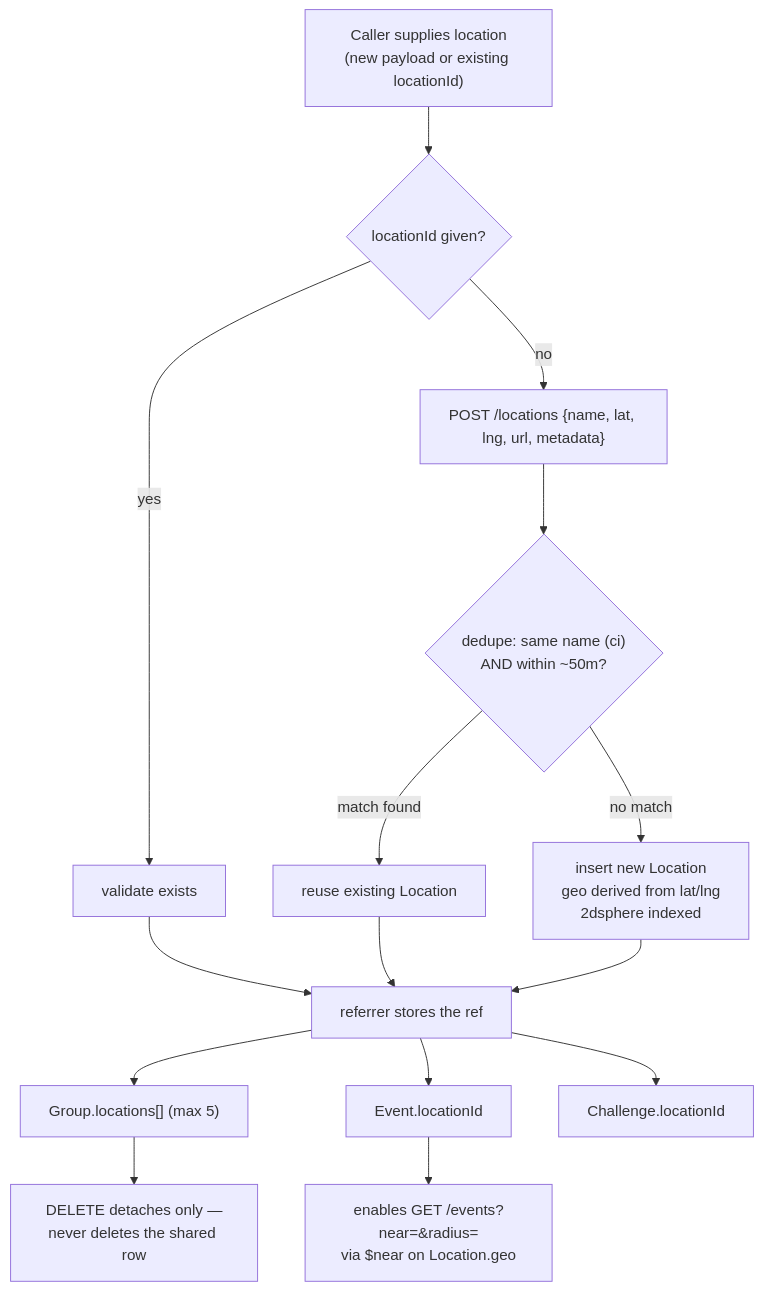
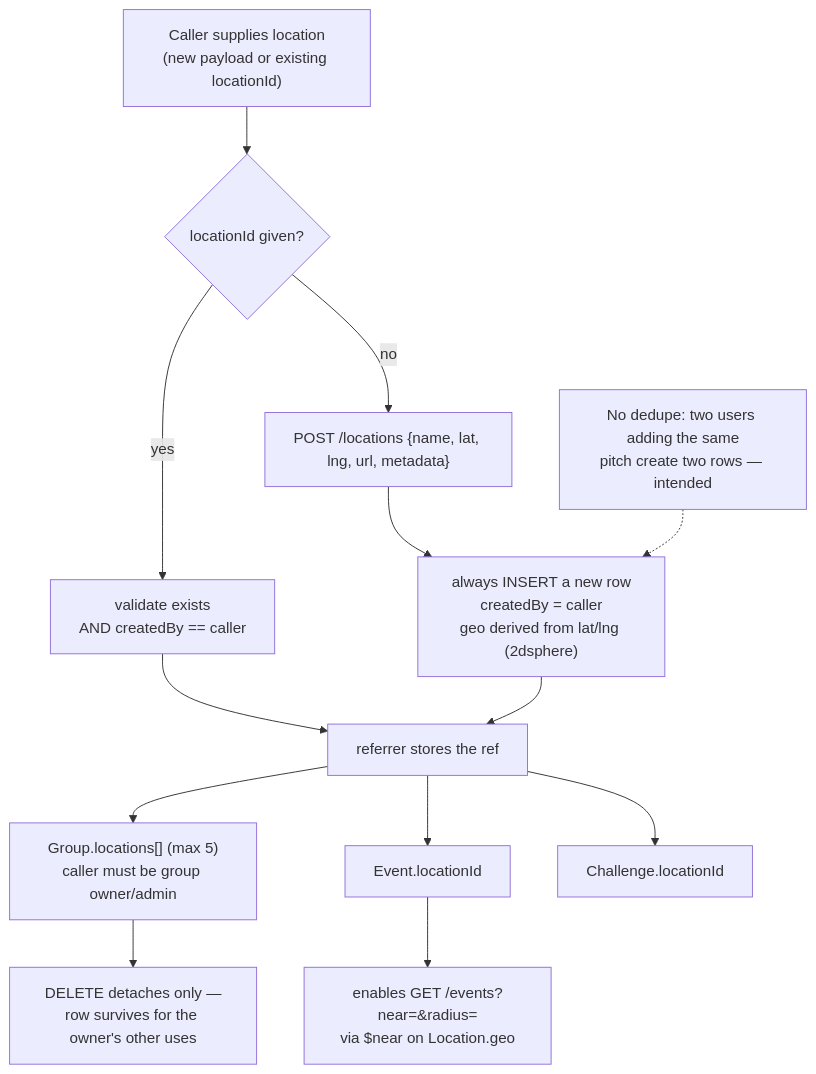
The seventh of 8 diagrams in docs/superpowers/specs/2026-07-28-kickr-spec-v2-changes.md (heinlinaung/kickr_backend), drawn with Mermaid before and after one commit. The commit also changed other lines of this file, not shown here.

First line of the commit message:
docs: Location is creator-owned, not a global shared registry

````diff
--- a/docs/superpowers/specs/2026-07-28-kickr-spec-v2-changes.md
+++ b/docs/superpowers/specs/2026-07-28-kickr-spec-v2-changes.md
@@ -713,17 +719,17 @@
 ```mermaid
 flowchart TD
     A["Caller supplies location<br/>(new payload or existing locationId)"] --> B{locationId given?}
-    B -->|yes| C[validate exists] --> H
+    B -->|yes| C["validate exists<br/>AND createdBy == caller"] --> H
     B -->|no| D["POST /locations {name, lat, lng, url, metadata}"]
-    D --> E{"dedupe: same name (ci)<br/>AND within ~50m?"}
-    E -->|match found| F[reuse existing Location] --> H
-    E -->|no match| G["insert new Location<br/>geo derived from lat/lng<br/>2dsphere indexed"] --> H
+    D --> G["always INSERT a new row<br/>createdBy = caller<br/>geo derived from lat/lng (2dsphere)"] --> H
 
     H["referrer stores the ref"]
-    H --> I["Group.locations[] (max 5)"]
+    H --> I["Group.locations[] (max 5)<br/>caller must be group owner/admin"]
     H --> J[Event.locationId]
     H --> K[Challenge.locationId]
 
-    I --> L["DELETE detaches only —<br/>never deletes the shared row"]
+    I --> L["DELETE detaches only —<br/>row survives for the owner's other uses"]
     J --> M["enables GET /events?near=&radius=<br/>via $near on Location.geo"]
+
+    N["No dedupe: two users adding the same<br/>pitch create two rows — intended"] -.-> G
 ```
````
